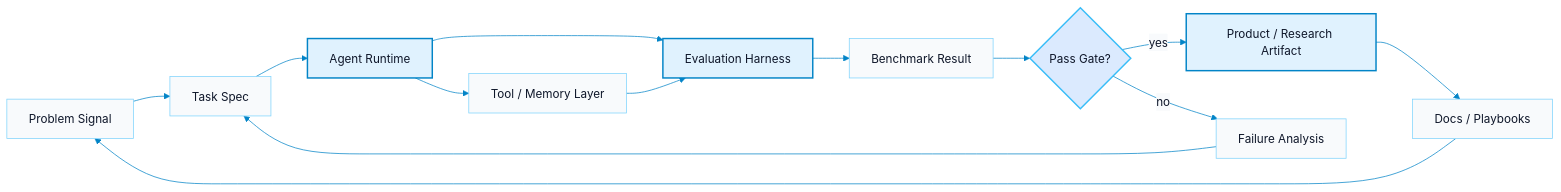
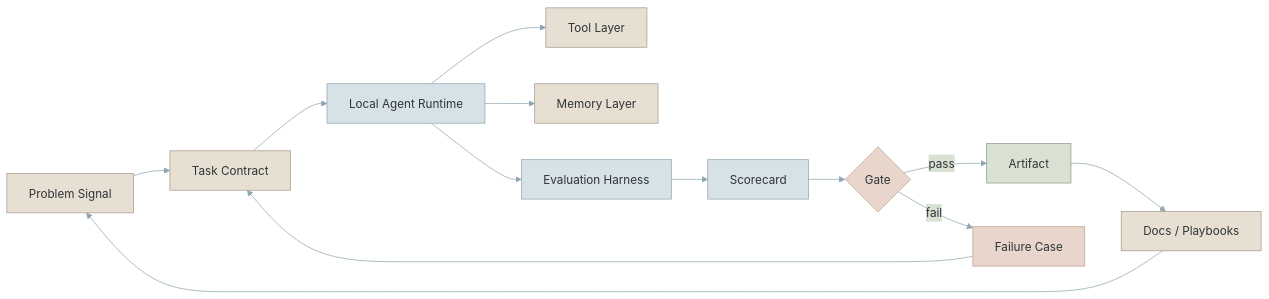
Before and after one commit to 2830500285/2830500285: the diagram in README.md, drawn with Mermaid. The commit also changed other lines of this file and 4 other files, not shown here.

````diff
--- a/README.md
+++ b/README.md
@@ -68,23 +114,25 @@
 ```mermaid
-%%{init: {"theme":"base","themeVariables":{"background":"#ffffff","primaryColor":"#e0f2fe","primaryTextColor":"#0f172a","primaryBorderColor":"#38bdf8","lineColor":"#0284c7","secondaryColor":"#f8fafc","tertiaryColor":"#dbeafe","fontFamily":"JetBrains Mono, Consolas, monospace"}}}%%
+%%{init: {"theme":"base","themeVariables":{"background":"#F4F1EA","primaryColor":"#E7DFD2","primaryTextColor":"#2F3437","primaryBorderColor":"#8FA6B2","lineColor":"#8FA6B2","secondaryColor":"#D9E1D3","tertiaryColor":"#E8D5CB","fontFamily":"Segoe UI, Helvetica, Arial, sans-serif"}}}%%
 flowchart LR
-  A["Problem Signal"] --> B["Task Spec"]
-  B --> C["Agent Runtime"]
-  C --> D["Tool / Memory Layer"]
-  C --> E["Evaluation Harness"]
-  E --> F["Benchmark Result"]
-  F --> G{"Pass Gate?"}
-  G -->|yes| H["Product / Research Artifact"]
-  G -->|no| I["Failure Analysis"]
-  I --> B
-  D --> E
-  H --> J["Docs / Playbooks"]
-  J --> A
+  A["Problem Signal"] --> B["Task Contract"]
+  B --> C["Local Agent Runtime"]
+  C --> D["Tool Layer"]
+  C --> E["Memory Layer"]
+  C --> F["Evaluation Harness"]
+  F --> G["Scorecard"]
+  G --> H{"Gate"}
+  H -->|pass| I["Artifact"]
+  H -->|fail| J["Failure Case"]
+  J --> B
+  I --> K["Docs / Playbooks"]
+  K --> A
 
-  classDef core fill:#e0f2fe,stroke:#0284c7,stroke-width:2px,color:#0f172a;
-  classDef signal fill:#f8fafc,stroke:#7dd3fc,stroke-width:1px,color:#0f172a;
-  classDef gate fill:#dbeafe,stroke:#38bdf8,stroke-width:2px,color:#0f172a;
-  class C,E,H core;
-  class A,B,D,F,I,J signal;
-  class G gate;
+  classDef warm fill:#E7DFD2,stroke:#A69B8F,stroke-width:1px,color:#2F3437;
+  classDef sage fill:#D9E1D3,stroke:#8E9C89,stroke-width:1px,color:#2F3437;
+  classDef blue fill:#D7E2E7,stroke:#8FA6B2,stroke-width:1px,color:#2F3437;
+  classDef clay fill:#E8D5CB,stroke:#C2A091,stroke-width:1px,color:#2F3437;
+  class C,F,G blue;
+  class A,B,D,E,K warm;
+  class I sage;
+  class H,J clay;
 ```
````
